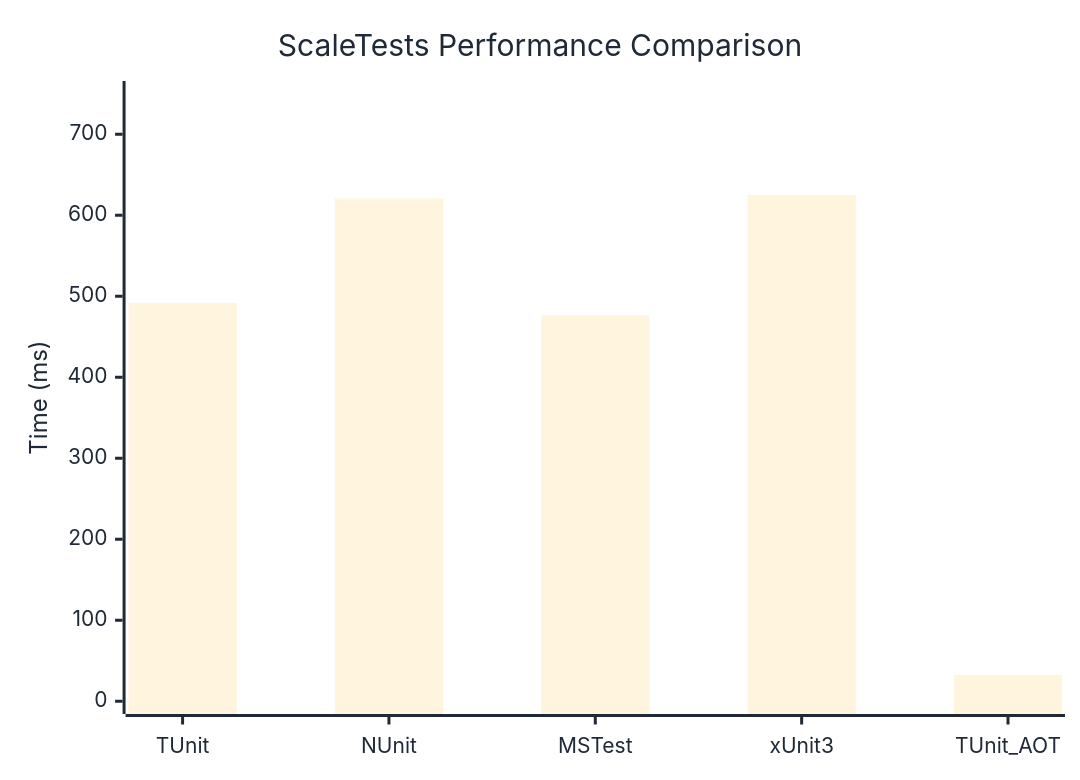
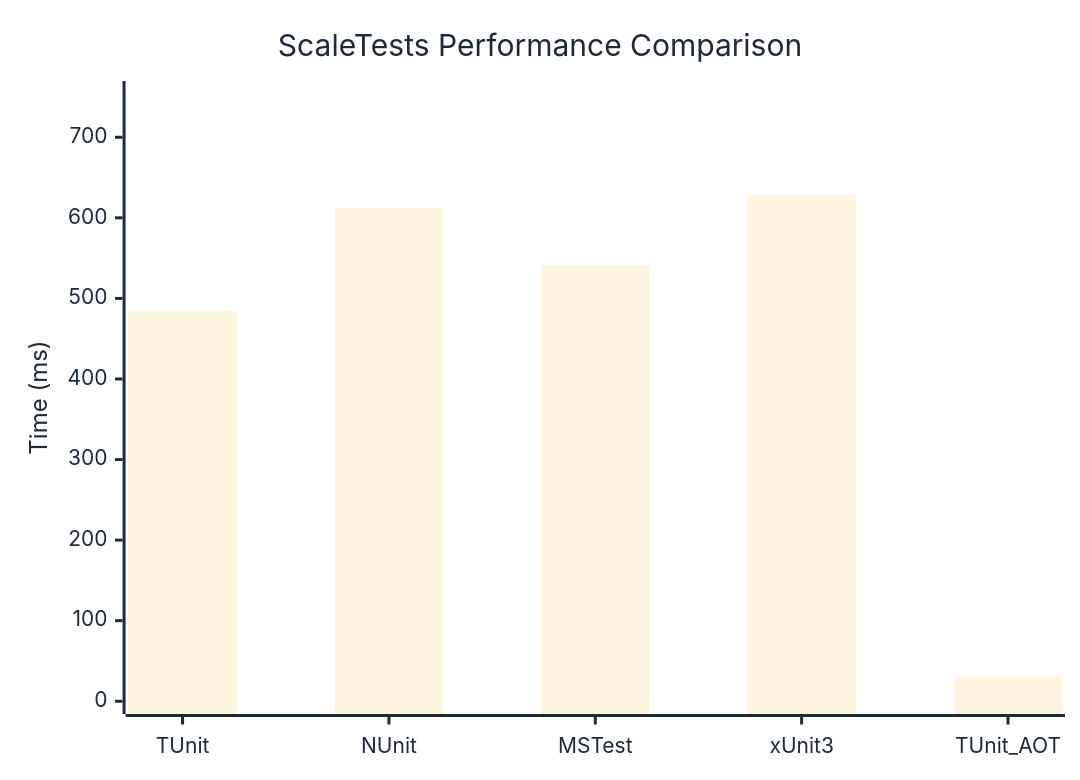
Before and after one commit to thomhurst/TUnit: the diagram in docs/docs/benchmarks/ScaleTests.md, drawn with Mermaid. The commit also changed other lines of this file and 17 other files, not shown here.

````diff
--- a/docs/docs/benchmarks/ScaleTests.md
+++ b/docs/docs/benchmarks/ScaleTests.md
@@ -27,37 +27,37 @@
 ```mermaid
 %%{init: {
   'theme':'base',
   'themeVariables': {
     'primaryColor': '#2563eb',
     'primaryTextColor': '#1f2937',
     'primaryBorderColor': '#1e40af',
     'lineColor': '#6b7280',
     'secondaryColor': '#7c3aed',
     'tertiaryColor': '#dc2626',
     'background': '#ffffff',
     'mainBkg': '#2563eb',
     'secondBkg': '#7c3aed',
     'tertiaryBkg': '#dc2626',
     'clusterBkg': '#f3f4f6',
     'edgeLabelBackground': '#ffffff',
     'tertiaryTextColor': '#1f2937',
     'pie1': '#2563eb',
     'pie2': '#7c3aed',
     'pie3': '#dc2626',
     'pie4': '#f59e0b',
     'pie5': '#10b981',
     'pie6': '#06b6d4',
     'pie7': '#ec4899',
     'pie8': '#6366f1',
     'pie9': '#84cc16',
     'pie10': '#f97316',
     'pie11': '#14b8a6',
     'pie12': '#a855f7'
   }
 }}%%
 xychart-beta
   title "ScaleTests Performance Comparison"
   x-axis ["TUnit", "NUnit", "MSTest", "xUnit3", "TUnit_AOT"]
-  y-axis "Time (ms)" 0 --> 750
-  bar [491.97, 620.7, 476.49, 624.91, 32.51]
+  y-axis "Time (ms)" 0 --> 754
+  bar [484.56, 612.16, 541.33, 628.04, 30.7]
 ```
````
